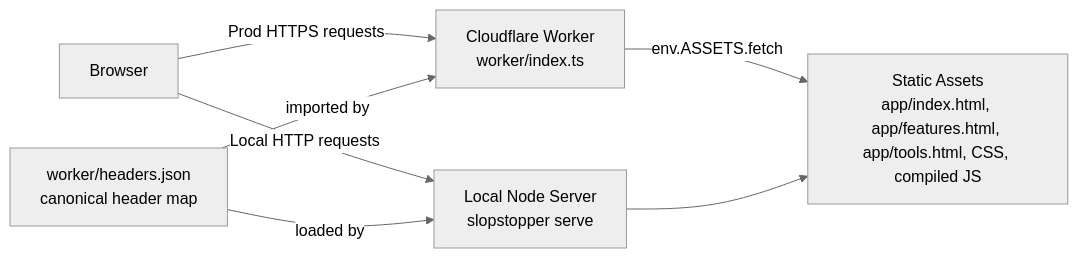
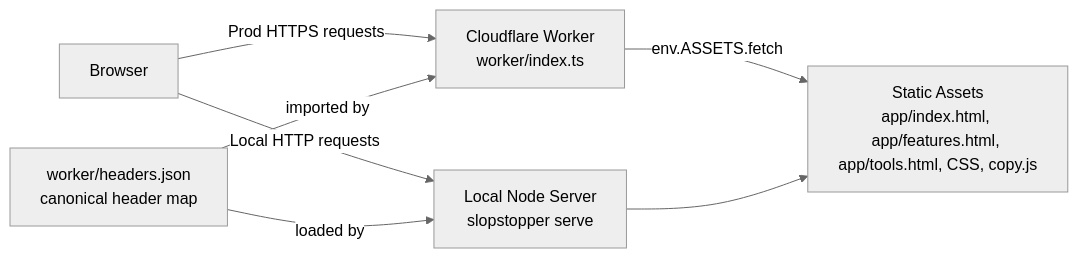
One commit to hungovercoders/slopstopper changed the second of 4 diagrams in docs/architecture/README.md. Above: the diagram before and after it, drawn with Mermaid (neutral theme). The commit also changed 5 other files, not shown here.

````diff
--- a/docs/architecture/README.md
+++ b/docs/architecture/README.md
@@ -79,16 +79,16 @@
 ```mermaid
 flowchart LR
     B[Browser]
     WORKER[Cloudflare Worker\nworker/index.ts]
-    ASSETS[Static Assets\napp/index.html, app/features.html, app/tools.html, CSS, compiled JS]
+    ASSETS[Static Assets\napp/index.html, app/features.html, app/tools.html, CSS, copy.js]
     HJSON[worker/headers.json\ncanonical header map]
     DEV[Local Node Server\nslopstopper serve]
 
     B -->|Prod HTTPS requests| WORKER
     WORKER -->|env.ASSETS.fetch| ASSETS
     HJSON -->|imported by| WORKER
 
     B -->|Local HTTP requests| DEV
     DEV --> ASSETS
     HJSON -->|loaded by| DEV
 ```
````
